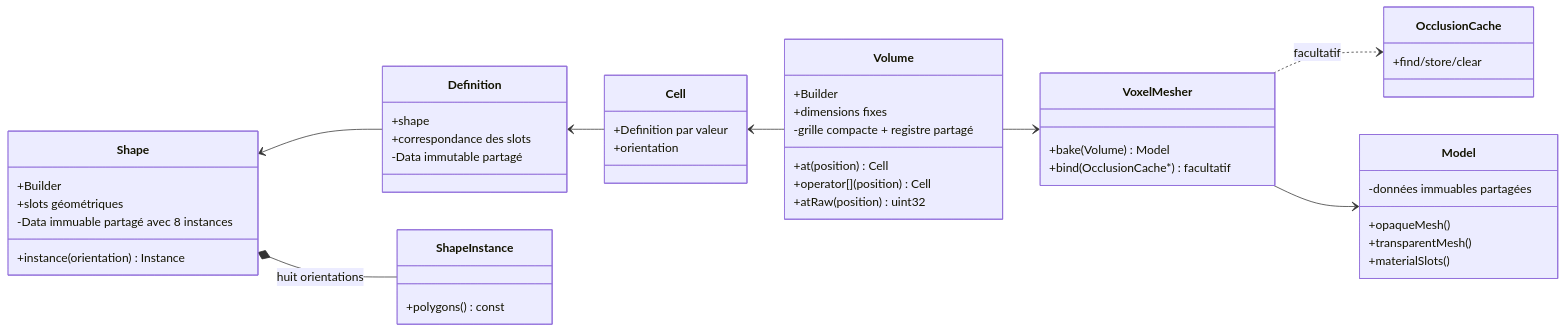
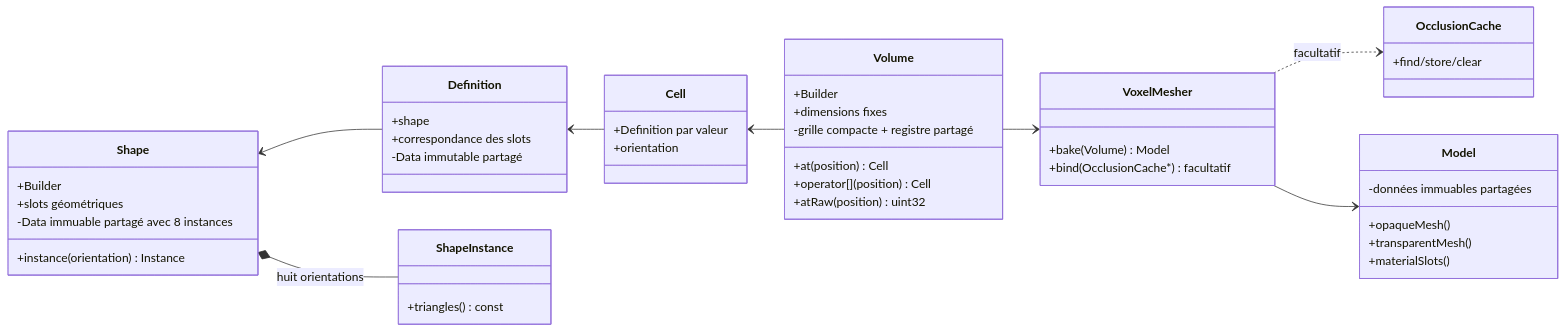
One commit to EreliaStudio/Sparkle changed the diagram in docs/voxel-engine-v0.1.4/02-modele-voxel.md. Above: the diagram before and after it, drawn with Mermaid. The commit also changed other lines of this file and 17 other files, not shown here.

````diff
--- a/docs/voxel-engine-v0.1.4/02-modele-voxel.md
+++ b/docs/voxel-engine-v0.1.4/02-modele-voxel.md
@@ -7,50 +7,50 @@
 ```mermaid
 classDiagram
   direction LR
   class Shape {
     +Builder
     +slots géométriques
     +instance(orientation) Instance
     -Data immuable partagé avec 8 instances
   }
   class Definition {
     +shape
     +correspondance des slots
     -Data immutable partagé
   }
   class Cell {
     +Definition par valeur
     +orientation
   }
   class Volume {
     +Builder
     +dimensions fixes
     +at(position) Cell
     +operator[](position) Cell
     +atRaw(position) uint32
     -grille compacte + registre partagé
   }
   class Model {
     +opaqueMesh()
     +transparentMesh()
     +materialSlots()
     -données immuables partagées
   }
   class ShapeInstance {
-    +polygons() const
+    +triangles() const
   }
   class OcclusionCache {
     +find/store/clear
   }
   class VoxelMesher {
     +bake(Volume) Model
     +bind(OcclusionCache*) facultatif
   }
   Shape <-- Definition
   Definition <-- Cell
   Cell <-- Volume
   Shape *-- ShapeInstance : huit orientations
   VoxelMesher ..> OcclusionCache : facultatif
   Volume --> VoxelMesher
   VoxelMesher --> Model
 ```
````
